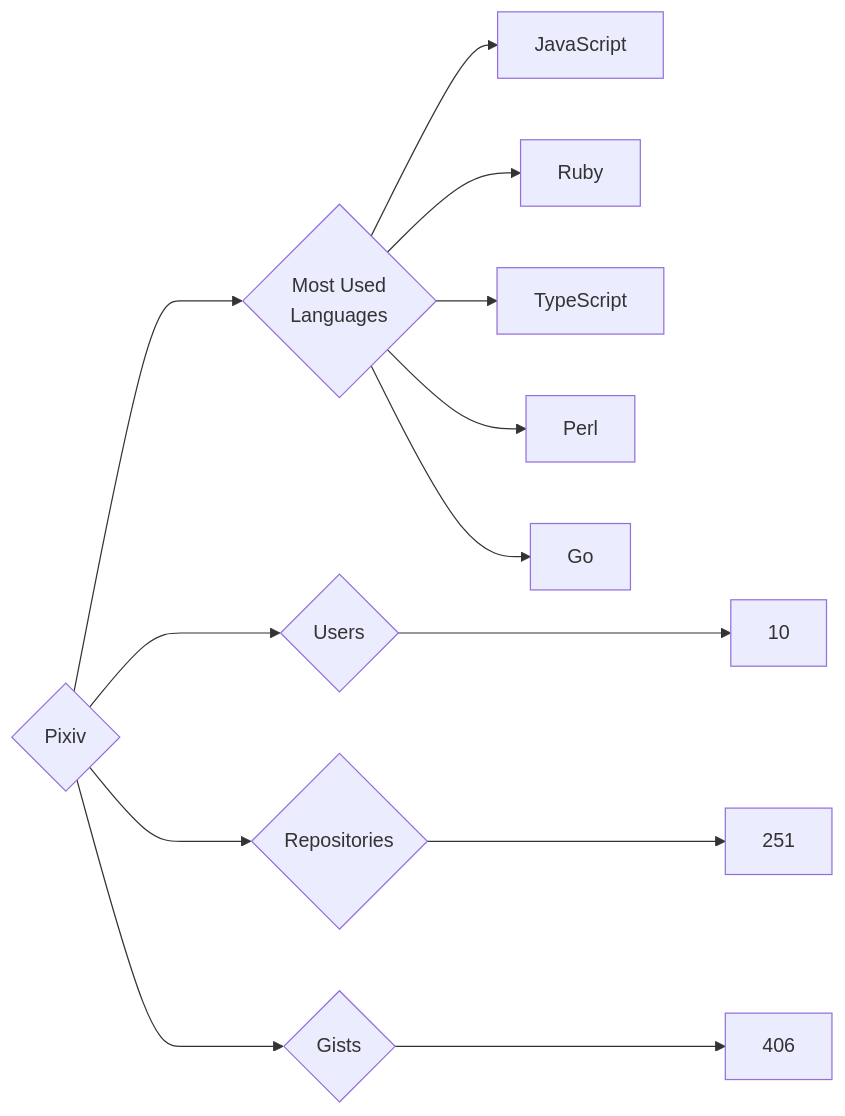
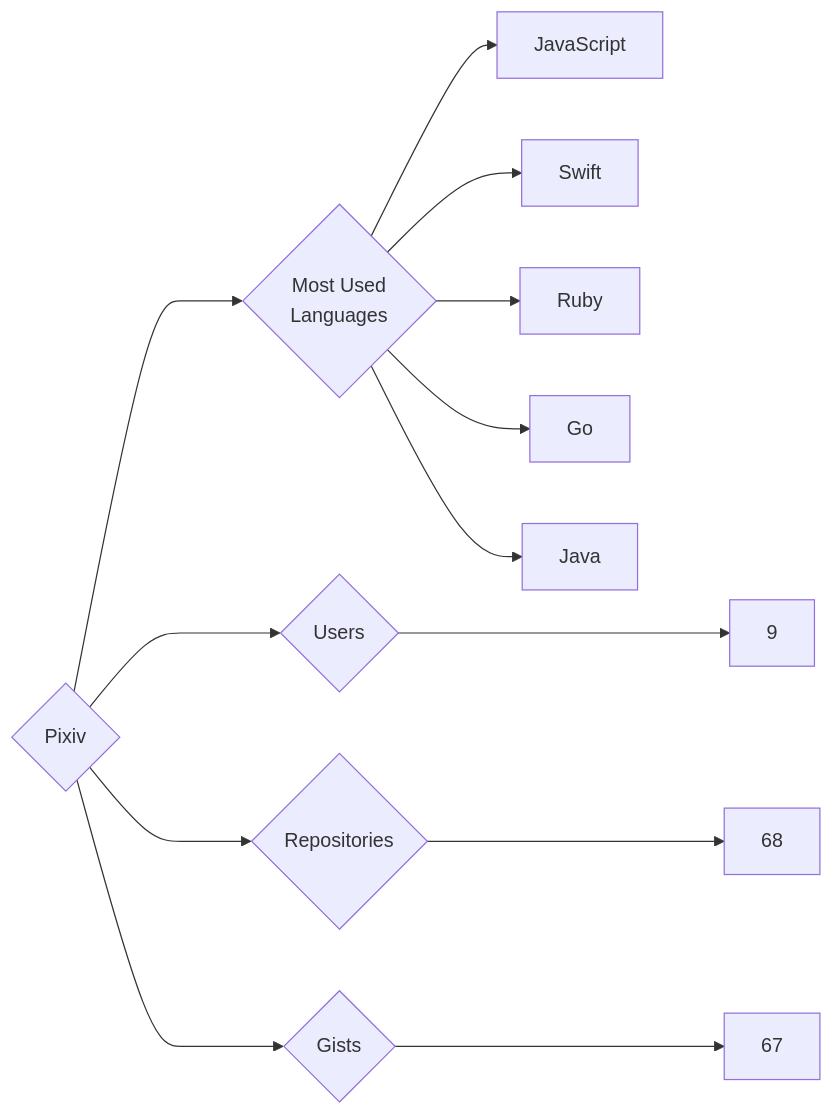
Before and after one commit to trickest/insiders: the diagram in targets/Pixiv/README.md, drawn with Mermaid. The commit also changed 597 other files, not shown here.

````diff
--- a/targets/Pixiv/README.md
+++ b/targets/Pixiv/README.md
@@ -3,13 +3,13 @@
 ```mermaid
 graph LR
 COMPANY_NAME{Pixiv}
-COMPANY_NAME ---> U{Users} ---> UN[10]
-COMPANY_NAME ---> R{Repositories} ---> RN[251]
-COMPANY_NAME ---> G{Gists} ---> GN[406]
+COMPANY_NAME ---> U{Users} ---> UN[9]
+COMPANY_NAME ---> R{Repositories} ---> RN[68]
+COMPANY_NAME ---> G{Gists} ---> GN[67]
 COMPANY_NAME ---> ML{Most Used<br>Languages}
 ML --> JavaScript[JavaScript]
+ML --> Swift[Swift]
 ML --> Ruby[Ruby]
-ML --> TypeScript[TypeScript]
-ML --> Perl[Perl]
 ML --> Go[Go]
+ML --> Java[Java]
 ```
````
